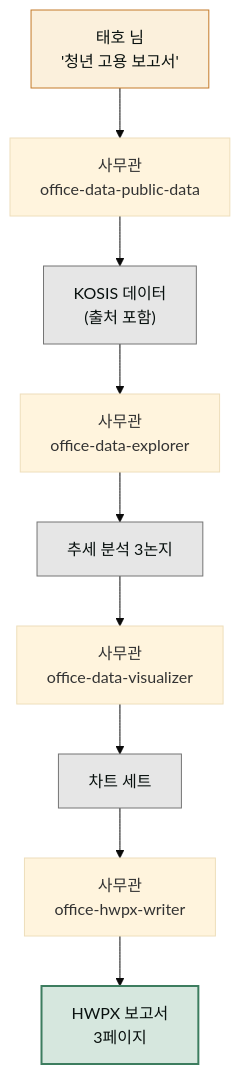
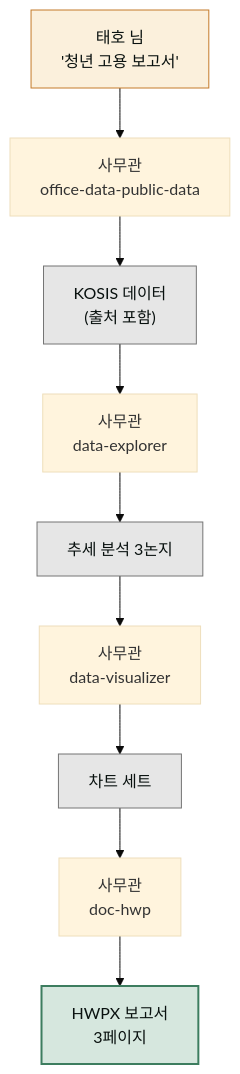
Before and after one commit to modu-ai/cowork-plugins: the diagram in www/content/cookbook/projects/public-data-report.md, drawn with Mermaid (base theme). The commit also changed other lines of this file and 269 other files, not shown here.

````diff
--- a/www/content/cookbook/projects/public-data-report.md
+++ b/www/content/cookbook/projects/public-data-report.md
@@ -53,17 +53,17 @@
 ```mermaid
 flowchart TD
    U["태호 님<br/>'청년 고용 보고서'"] --> O1["사무관<br/>office-data-public-data"]
    O1 --> R1["KOSIS 데이터<br/>(출처 포함)"]
-   R1 --> O2["사무관<br/>office-data-explorer"]
+   R1 --> O2["사무관<br/>data-explorer"]
    O2 --> R2["추세 분석 3논지"]
-   R2 --> O3["사무관<br/>office-data-visualizer"]
+   R2 --> O3["사무관<br/>data-visualizer"]
    O3 --> R3["차트 세트"]
-   R3 --> O4["사무관<br/>office-hwpx-writer"]
+   R3 --> O4["사무관<br/>doc-hwp"]
    O4 --> OUT["HWPX 보고서<br/>3페이지"]
 
    style U fill:#fbf0dc,stroke:#c47b2a,color:#09110f
    style R1 fill:#e6e6e6,stroke:#757575,color:#09110f
    style R2 fill:#e6e6e6,stroke:#757575,color:#09110f
    style R3 fill:#e6e6e6,stroke:#757575,color:#09110f
    style OUT fill:#d6e7de,stroke:#3d7d5f,stroke-width:2px,color:#09110f
 ```
````
